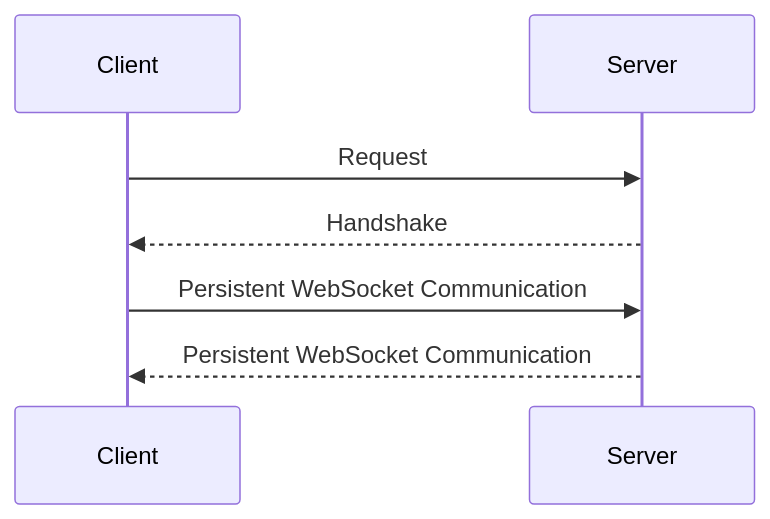
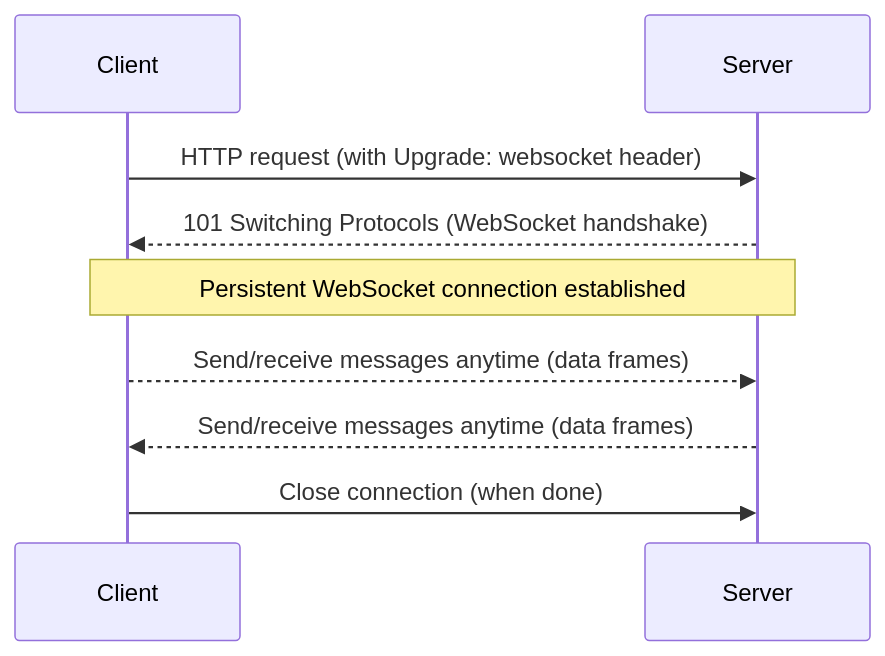
The ninth of 16 diagrams in System_Design/3 - Protocols (System Design Fundamentals).md (Charikshith/Learing_System_Design), drawn with Mermaid before and after one commit. The commit also changed other lines of this file and 41 other files, not shown here.

````diff
--- a/System_Design/3 - Protocols (System Design Fundamentals).md
+++ b/System_Design/3 - Protocols (System Design Fundamentals).md
@@ -1179,10 +980,11 @@
 ```mermaid
 sequenceDiagram
     participant Client
     participant Server
-
-    Client->>Server: Request
-    Server-->>Client: Handshake
-    Client->>Server: Persistent WebSocket Communication
-    Server-->>Client: Persistent WebSocket Communication
+    Client->>Server: HTTP request (with Upgrade: websocket header)
+    Server-->>Client: 101 Switching Protocols (WebSocket handshake)
+    Note over Client,Server: Persistent WebSocket connection established
+    Client-->>Server: Send/receive messages anytime (data frames)
+    Server-->>Client: Send/receive messages anytime (data frames)
+    Client->>Server: Close connection (when done)
 ```
````
